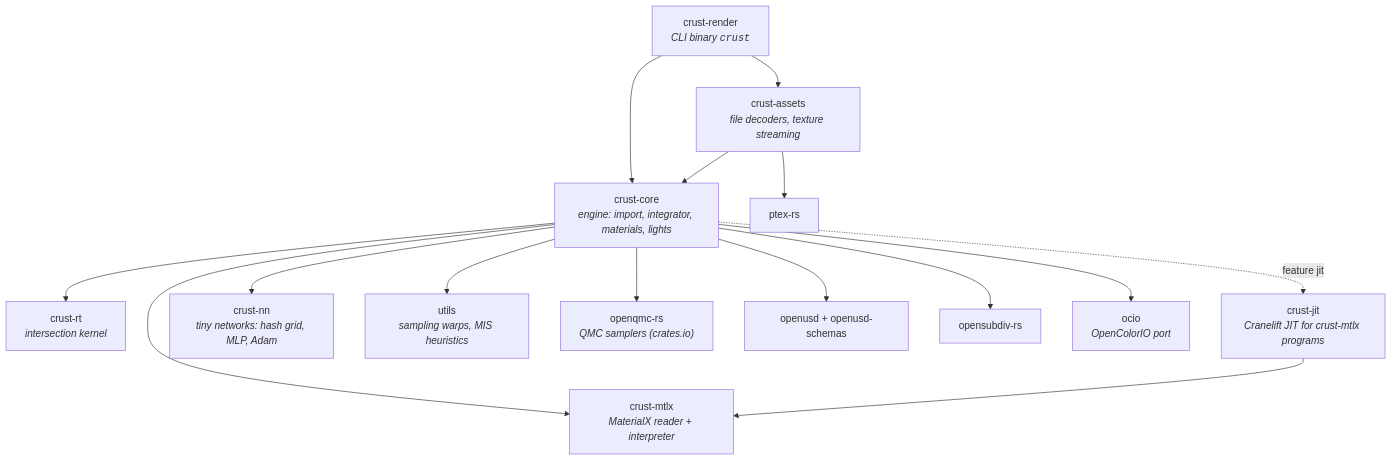
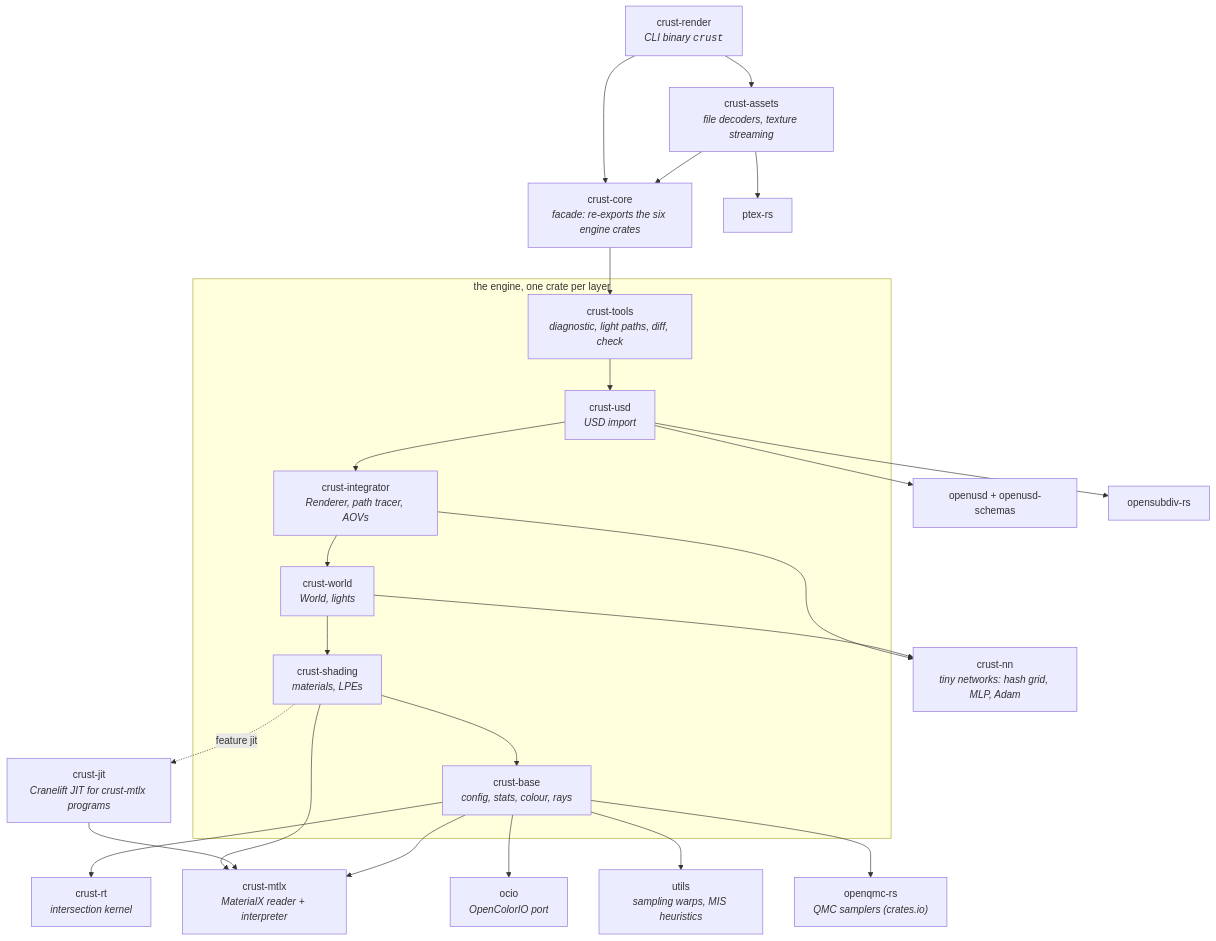
Before and after one commit to doubleailes/crust-render: the diagram in docs/architecture.md, drawn with Mermaid. The commit also changed other lines of this file and 208 other files, not shown here.

First line of the commit message:
Split crust-core into six layer crates, crust-core as their facade

````diff
--- a/docs/architecture.md
+++ b/docs/architecture.md
@@ -13,31 +13,47 @@
 ```mermaid
 graph TD
     render["crust-render<br/><i>CLI binary <code>crust</code></i>"]
     assets["crust-assets<br/><i>file decoders, texture streaming</i>"]
-    core["crust-core<br/><i>engine: import, integrator, materials, lights</i>"]
+    core["crust-core<br/><i>facade: re-exports the six engine crates</i>"]
+    subgraph engine["the engine, one crate per layer"]
+        tools["crust-tools<br/><i>diagnostic, light paths, diff, check</i>"]
+        cusd["crust-usd<br/><i>USD import</i>"]
+        integ["crust-integrator<br/><i>Renderer, path tracer, AOVs</i>"]
+        world["crust-world<br/><i>World, lights</i>"]
+        shading["crust-shading<br/><i>materials, LPEs</i>"]
+        base["crust-base<br/><i>config, stats, colour, rays</i>"]
+    end
     rt["crust-rt<br/><i>intersection kernel</i>"]
     mtlx["crust-mtlx<br/><i>MaterialX reader + interpreter</i>"]
     jit["crust-jit<br/><i>Cranelift JIT for crust-mtlx programs</i>"]
     nn["crust-nn<br/><i>tiny networks: hash grid, MLP, Adam</i>"]
     utils["utils<br/><i>sampling warps, MIS heuristics</i>"]
     oqmc["openqmc-rs<br/><i>QMC samplers (crates.io)</i>"]
     usd["openusd + openusd-schemas"]
     ptex["ptex-rs"]
     osd["opensubdiv-rs"]
     ocio["ocio<br/><i>OpenColorIO port</i>"]
 
     render --> core
     render --> assets
     assets --> core
     assets --> ptex
-    core --> rt
-    core --> mtlx
-    core --> nn
-    core -. "feature jit" .-> jit
+    core --> tools
+    tools --> cusd
+    cusd --> integ
+    integ --> world
+    world --> shading
+    shading --> base
+    cusd --> usd
+    cusd --> osd
+    integ --> nn
+    world --> nn
+    shading -. "feature jit" .-> jit
+    shading --> mtlx
     jit --> mtlx
-    core --> utils
-    core --> oqmc
-    core --> usd
-    core --> osd
-    core --> ocio
+    base --> rt
+    base --> mtlx
+    base --> ocio
+    base --> utils
+    base --> oqmc
 ```
````
